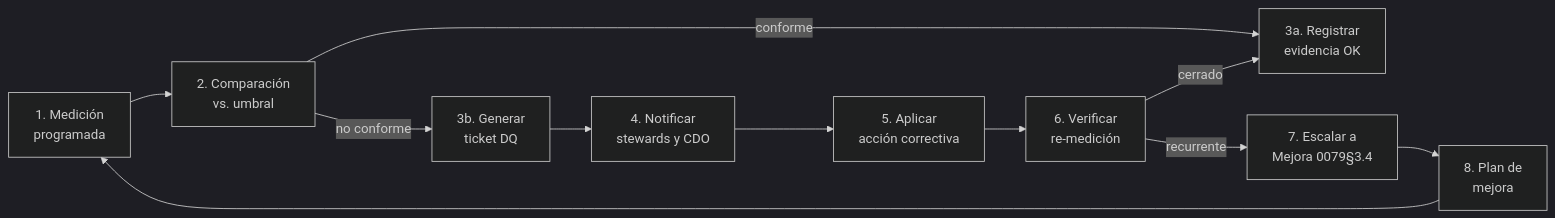
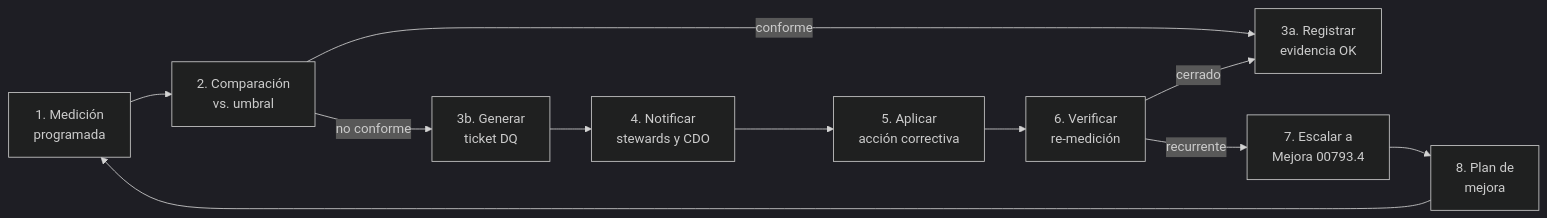
Before and after one commit to AlonsoMarcosM/TrabajoGobiernoCalidadDatos: the first of 2 diagrams in entregable/05-proyecto5-control-monitorizacion.md, drawn with Mermaid (dark theme). The commit also changed other lines of this file and 16 other files, not shown here.

````diff
--- a/entregable/05-proyecto5-control-monitorizacion.md
+++ b/entregable/05-proyecto5-control-monitorizacion.md
@@ -89,13 +89,13 @@
 ```mermaid
 flowchart LR
     A[1. Medición<br/>programada] --> B[2. Comparación<br/>vs. umbral]
     B -->|conforme| C[3a. Registrar<br/>evidencia OK]
     B -->|no conforme| D[3b. Generar<br/>ticket DQ]
     D --> E[4. Notificar<br/>stewards y CDO]
     E --> F[5. Aplicar<br/>acción correctiva]
     F --> G[6. Verificar<br/>re-medición]
     G -->|cerrado| C
-    G -->|recurrente| H[7. Escalar a<br/>Mejora 0079§3.4]
+    G -->|recurrente| H[7. Escalar a<br/>Mejora 00793.4]
     H --> I[8. Plan de<br/>mejora]
     I --> A
 ```
````
